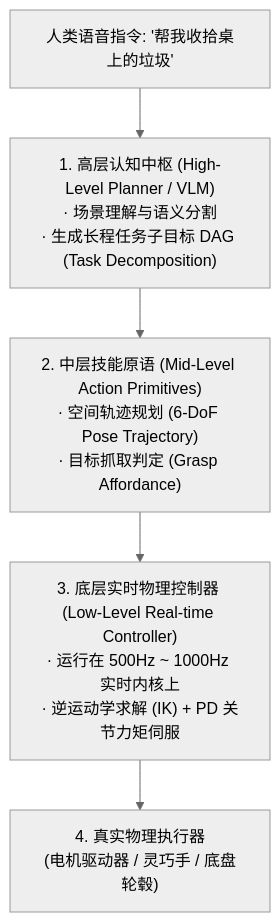
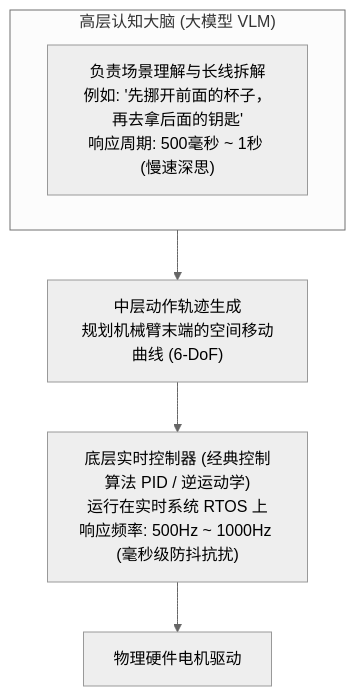
Before and after one commit to ljh12138164/ai-agent-study: the first of 3 diagrams in app/ch06-interaction/04-embodied-agent-and-sim2real/page.mdx, drawn with Mermaid (neutral theme). The commit also changed other lines of this file and 43 other files, not shown here.

````diff
--- a/app/ch06-interaction/04-embodied-agent-and-sim2real/page.mdx
+++ b/app/ch06-interaction/04-embodied-agent-and-sim2real/page.mdx
@@ -39,10 +16,12 @@
 ```mermaid
-graph TD
-    UserCmd["人类语音指令: '帮我收拾桌上的垃圾'"] --> HighBrain["1. 高层认知中枢 (High-Level Planner / VLM)<br/>· 场景理解与语义分割<br/>· 生成长程任务子目标 DAG (Task Decomposition)"]
+flowchart TD
+    subgraph Brain["高层认知大脑 (大模型 VLM)"]
+        B1["负责场景理解与长线拆解<br/>例如: '先挪开前面的杯子，再去拿后面的钥匙'<br/>响应周期: 500毫秒 ~ 1秒 (慢速深思)"]
+    end
+
+    Brain --> Mid["中层动作轨迹生成<br/>规划机械臂末端的空间移动曲线 (6-DoF)"]
+
+    Mid --> Motor["底层实时控制器 (经典控制算法 PID / 逆运动学)<br/>运行在实时系统 RTOS 上<br/>响应频率: 500Hz ~ 1000Hz (毫秒级防抖抗扰)"]
     
-    HighBrain --> MidAction["2. 中层技能原语 (Mid-Level Action Primitives)<br/>· 空间轨迹规划 (6-DoF Pose Trajectory)<br/>· 目标抓取判定 (Grasp Affordance)"]
-    
-    MidAction --> LowControl["3. 底层实时物理控制器 (Low-Level Real-time Controller)<br/>· 运行在 500Hz ~ 1000Hz 实时内核上<br/>· 逆运动学求解 (IK) + PD 关节力矩伺服"]
-    
-    LowControl --> Hardware["4. 真实物理执行器<br/>(电机驱动器 / 灵巧手 / 底盘轮毂)"]
+    Motor --> HW["物理硬件电机驱动"]
 ```
````
